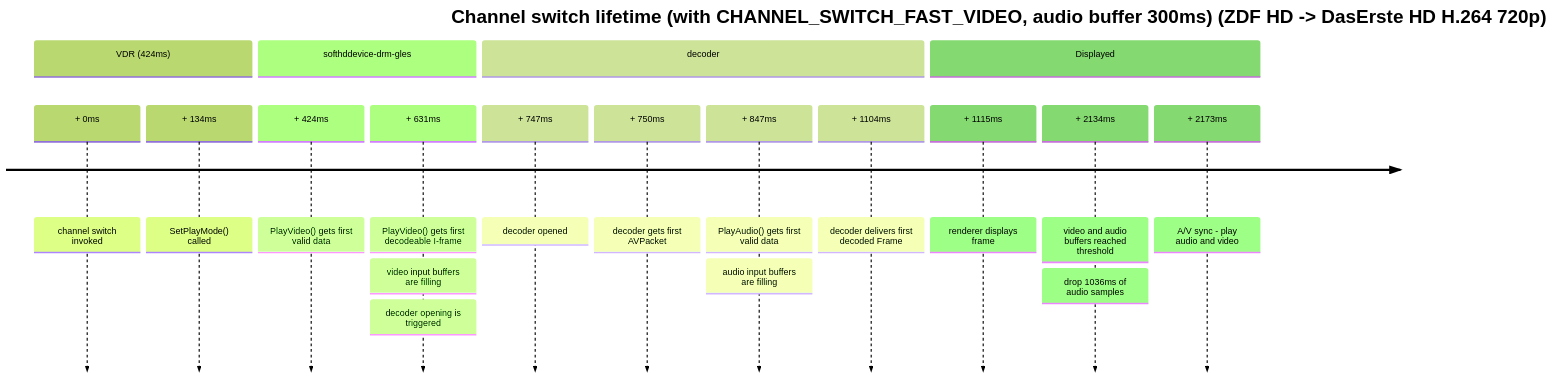
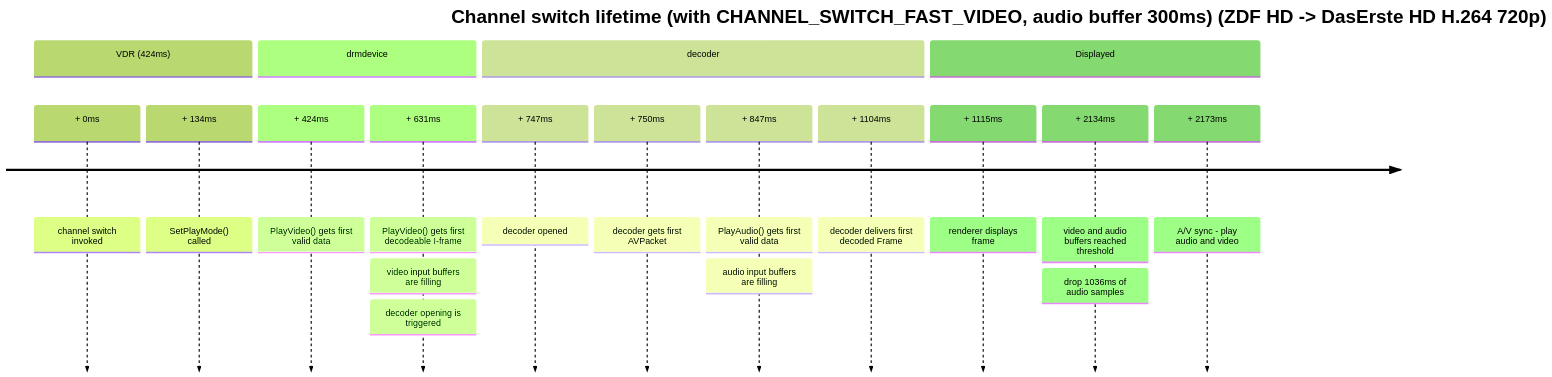
Before and after one commit to rellla/vdr-plugin-softhddevice-drm-gles: the sixth of 12 diagrams in DEVELOPER/README.md, drawn with Mermaid (forest theme). The commit also changed other lines of this file and 65 other files, not shown here.

````diff
--- a/DEVELOPER/README.md
+++ b/DEVELOPER/README.md
@@ -342,20 +342,20 @@
 ```mermaid
 timeline
 title Channel switch lifetime (with CHANNEL_SWITCH_FAST_VIDEO, audio buffer 300ms) (ZDF HD -> DasErste HD H.264 720p)
 
 section VDR (424ms)
 + 0ms: channel switch invoked
 + 134ms: SetPlayMode() called
-section softhddevice-drm-gles
+section drmdevice
 + 424ms: PlayVideo() gets first valid data
 + 631ms: PlayVideo() gets first decodeable I-frame: video input buffers are filling: decoder opening is triggered
 section decoder
 + 747ms: decoder opened
 + 750ms: decoder gets first AVPacket
 + 847ms: PlayAudio() gets first valid data: audio input buffers are filling
 + 1104ms: decoder delivers first decoded Frame
 section Displayed
 + 1115ms: renderer displays frame
 + 2134ms: video and audio buffers reached threshold: drop 1036ms of audio samples
 + 2173ms: A/V sync - play audio and video
 ```
````
